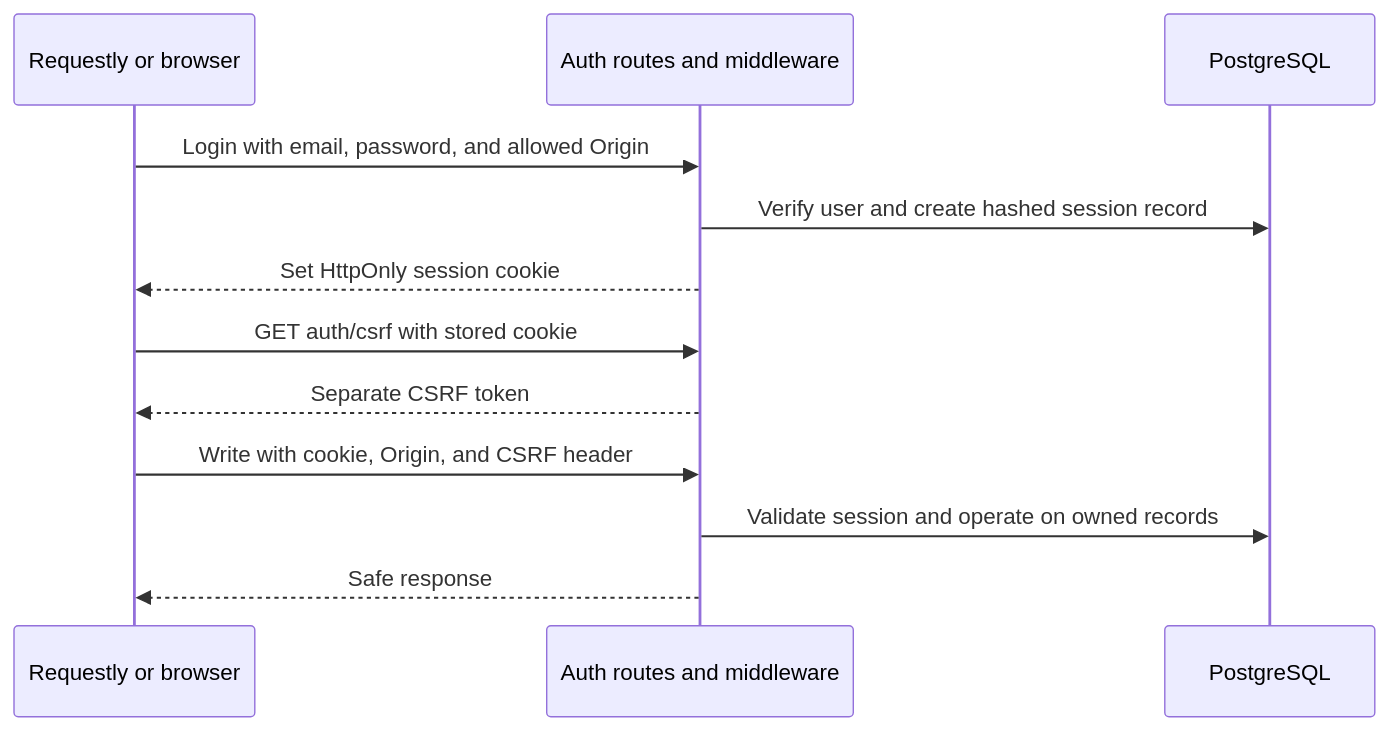
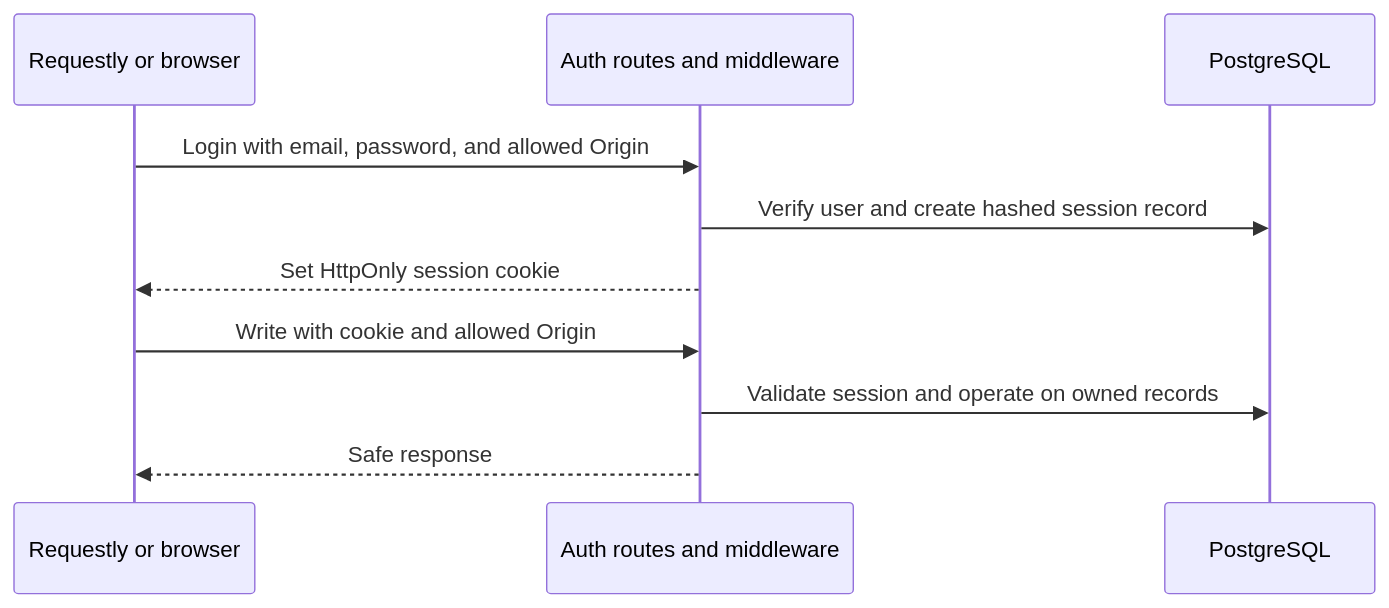
The fifth of 5 diagrams in sessions/001_fresh_start/01-architect-todos.md (jaminwebdev/hono-drizzle-api), drawn with Mermaid before and after one commit. The commit also changed other lines of this file and 6 other files, not shown here.

````diff
--- a/sessions/001_fresh_start/01-architect-todos.md
+++ b/sessions/001_fresh_start/01-architect-todos.md
@@ -438,14 +436,12 @@
 ```mermaid
 sequenceDiagram
     participant Client as Requestly or browser
     participant API as Auth routes and middleware
     participant DB as PostgreSQL
     Client->>API: Login with email, password, and allowed Origin
     API->>DB: Verify user and create hashed session record
     API-->>Client: Set HttpOnly session cookie
-    Client->>API: GET auth/csrf with stored cookie
-    API-->>Client: Separate CSRF token
-    Client->>API: Write with cookie, Origin, and CSRF header
+    Client->>API: Write with cookie and allowed Origin
     API->>DB: Validate session and operate on owned records
     API-->>Client: Safe response
 ```
````
